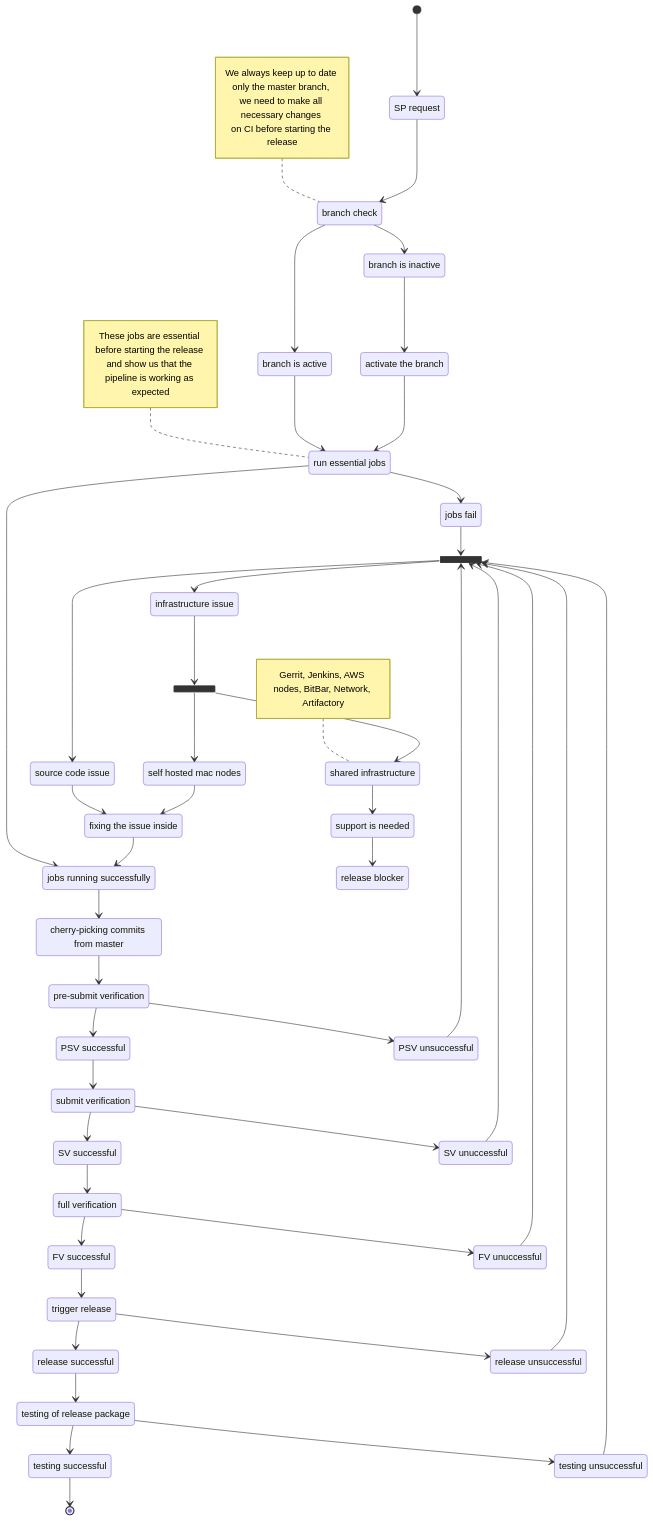
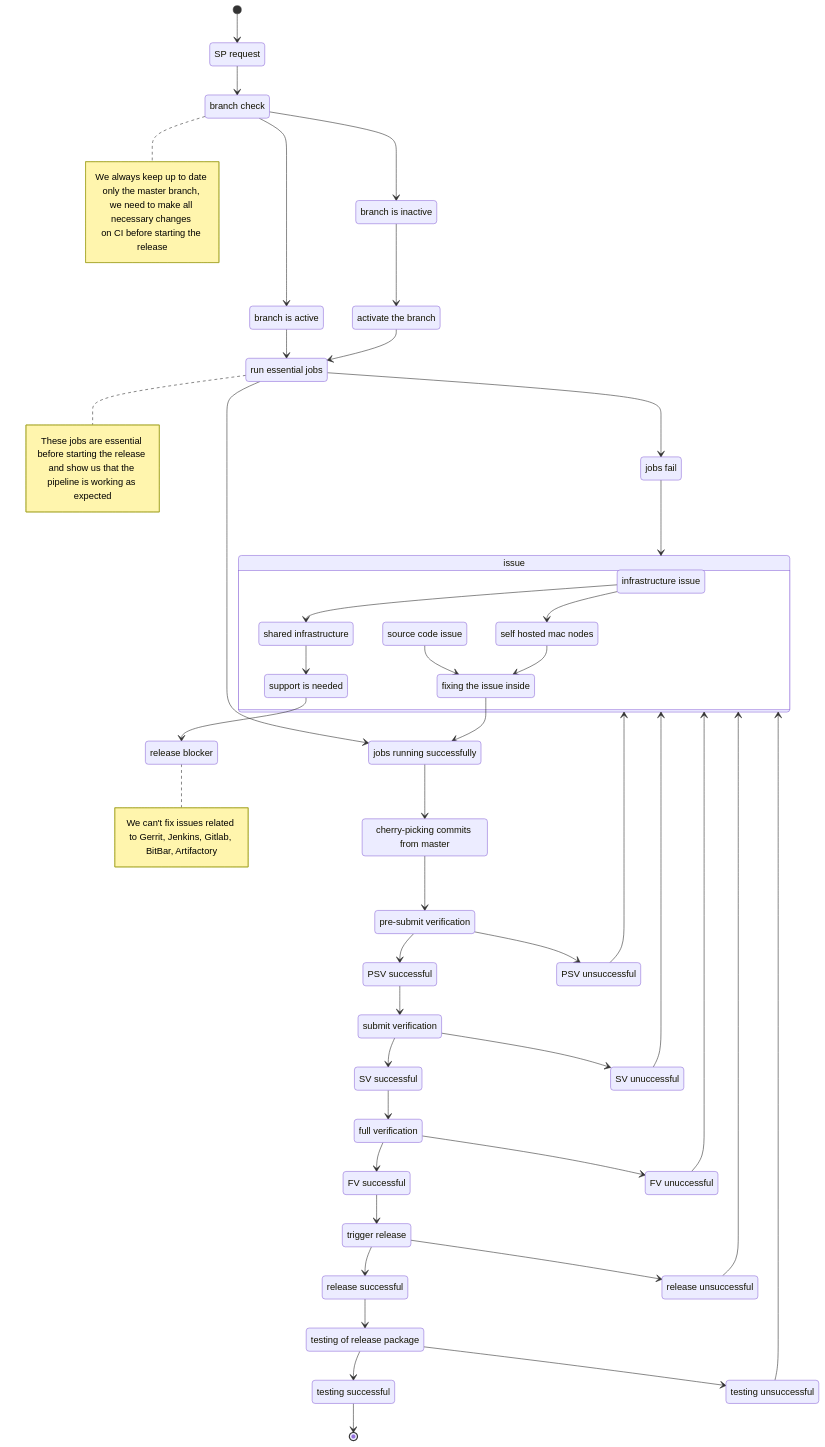
The diagram in README.md (Stradivarius23/markdown), drawn with Mermaid before and after one commit.

````diff
--- a/README.md
+++ b/README.md
@@ -4,7 +4,12 @@
 ```mermaid
 stateDiagram-v2
-  state join_state <<join>>
-  state fork_state <<fork>>
+  state issue {
+    II -->  Mac
+    II --> CCI
+    SI --> Fixing
+    Mac --> Fixing
+    CCI --> Support
+    }
   SP: SP request
   BC: branch check
   BA: branch is active
@@ -38,20 +43,22 @@
   Testing_Unsuccess: testing unsuccessful
   
   
-  note left of BC
+  note right of BC
      We always keep up to date only the master branch, 
      we need to make all necessary changes 
      on CI before starting the release
   end note
 
-  note left of REJ
+  note right of REJ
      These jobs are essential before starting the release 
      and show us that the pipeline is working as expected
   end note
   
-  note left of CCI
-      Gerrit, Jenkins, AWS nodes, BitBar, Network, Artifactory
+  note right of Blocker
+      We can't fix issues related to Gerrit, Jenkins, Gitlab, BitBar, Artifactory
   end note
+  
+
 
 [*] --> SP
 SP --> BC
@@ -62,37 +69,29 @@
 ABJ --> REJ
 REJ --> JS
 REJ --> JUS
-JUS --> join_state
-II --> fork_state
-fork_state --> Mac
-fork_state --> CCI
-SI --> Fixing
-Mac --> Fixing
+JUS --> issue
 Fixing --> JS
-CCI --> Support
 Support --> Blocker
 JS --> Cherry_pick
 Cherry_pick --> PSV
 PSV --> PSV_Success
 PSV --> PSV_Unsuccess
-PSV_Unsuccess --> join_state
+PSV_Unsuccess --> issue
 PSV_Success --> SV
 SV --> SV_Success
 SV --> SV_Unsuccess
-SV_Unsuccess --> join_state
+SV_Unsuccess --> issue
 SV_Success --> FV
 FV --> FV_Success
 FV --> FV_Unsuccess
-FV_Unsuccess --> join_state
-join_state --> SI
-join_state --> II
+FV_Unsuccess --> issue
 FV_Success --> Release
 Release --> Release_Success
 Release --> Release_Unsuccess
-Release_Unsuccess --> join_state
+Release_Unsuccess --> issue
 Release_Success --> Testing
 Testing --> Testing_Success
 Testing --> Testing_Unsuccess
-Testing_Unsuccess --> join_state
+Testing_Unsuccess --> issue
 Testing_Success --> [*]
 ```
````
